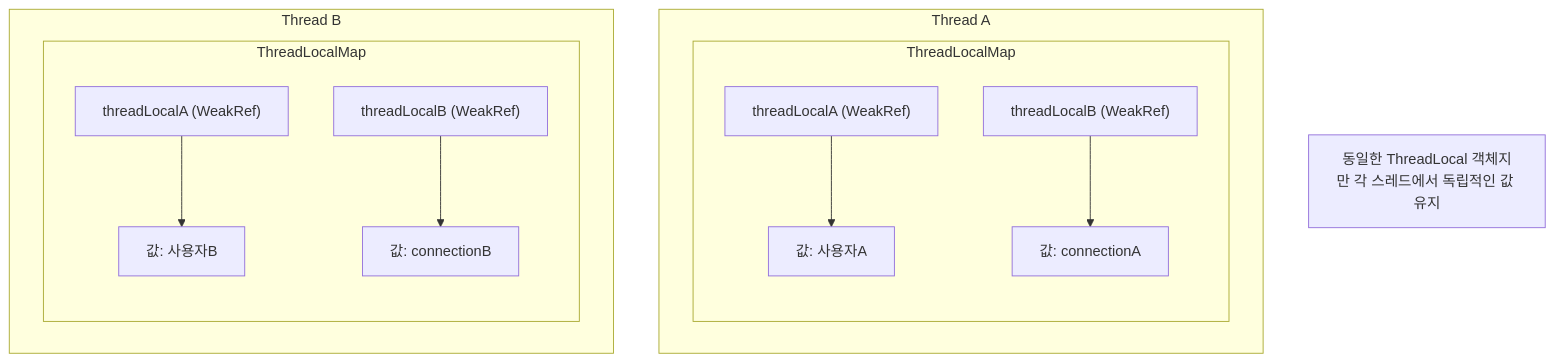
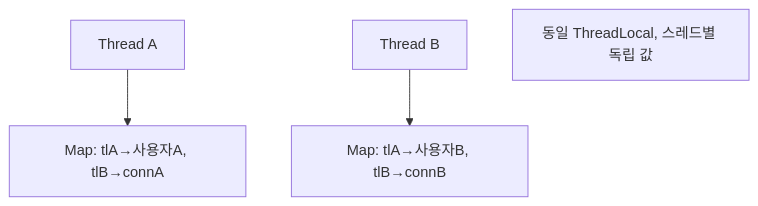
One commit to yjkim2015/yjkim2015.github.io changed diagram 16 of 17 in _posts/java/2026-05-01-java-thread.md. Above: the diagram before and after it, drawn with Mermaid. The commit also changed other lines of this file and 215 other files, not shown here.

First line of the commit message:
신규 포스트 10개 추가 + Mermaid 전면 축소 + SystemDesign 시리즈 보강

````diff
--- a/_posts/java/2026-05-01-java-thread.md
+++ b/_posts/java/2026-05-01-java-thread.md
@@ -1779,16 +1724,6 @@
 ```mermaid
 graph TD
-  subgraph TA["Thread A"]
-    subgraph MA["ThreadLocalMap"]
-      KA1["threadLocalA (WeakRef)"] --> VA1["값: 사용자A"]
-      KA2["threadLocalB (WeakRef)"] --> VA2["값: connectionA"]
-    end
-  end
-  subgraph TB["Thread B"]
-    subgraph MB["ThreadLocalMap"]
-      KB1["threadLocalA (WeakRef)"] --> VB1["값: 사용자B"]
-      KB2["threadLocalB (WeakRef)"] --> VB2["값: connectionB"]
-    end
-  end
-  NOTE["동일한 ThreadLocal 객체지만 각 스레드에서 독립적인 값 유지"]
+  TA["Thread A"] --> MA["Map: tlA→사용자A, tlB→connA"]
+  TB["Thread B"] --> MB["Map: tlA→사용자B, tlB→connB"]
+  NOTE["동일 ThreadLocal, 스레드별 독립 값"]
 ```
````
